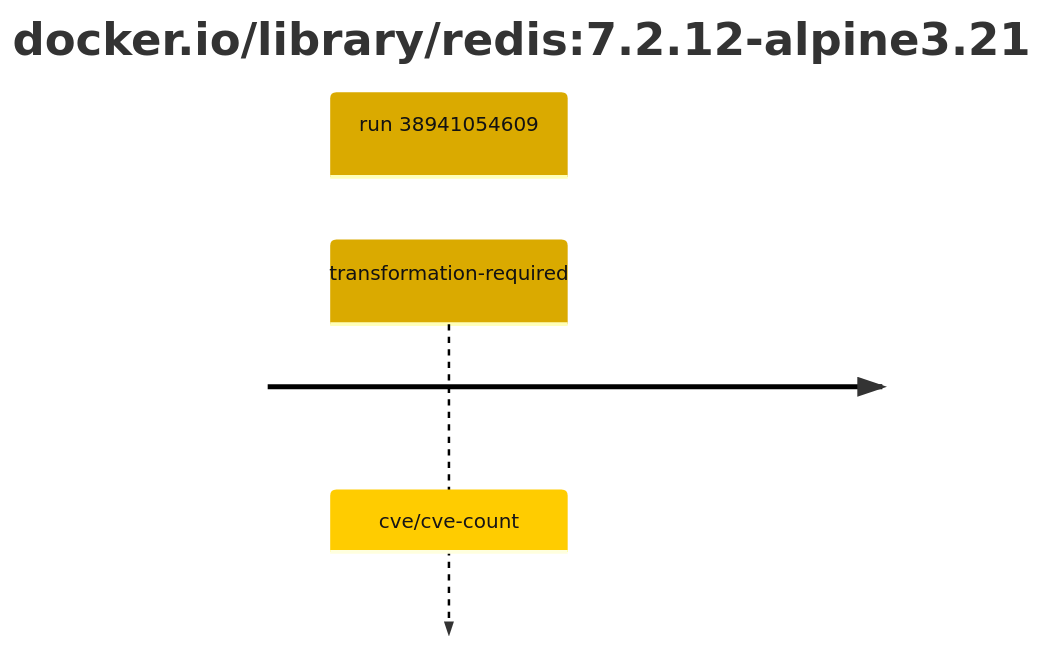
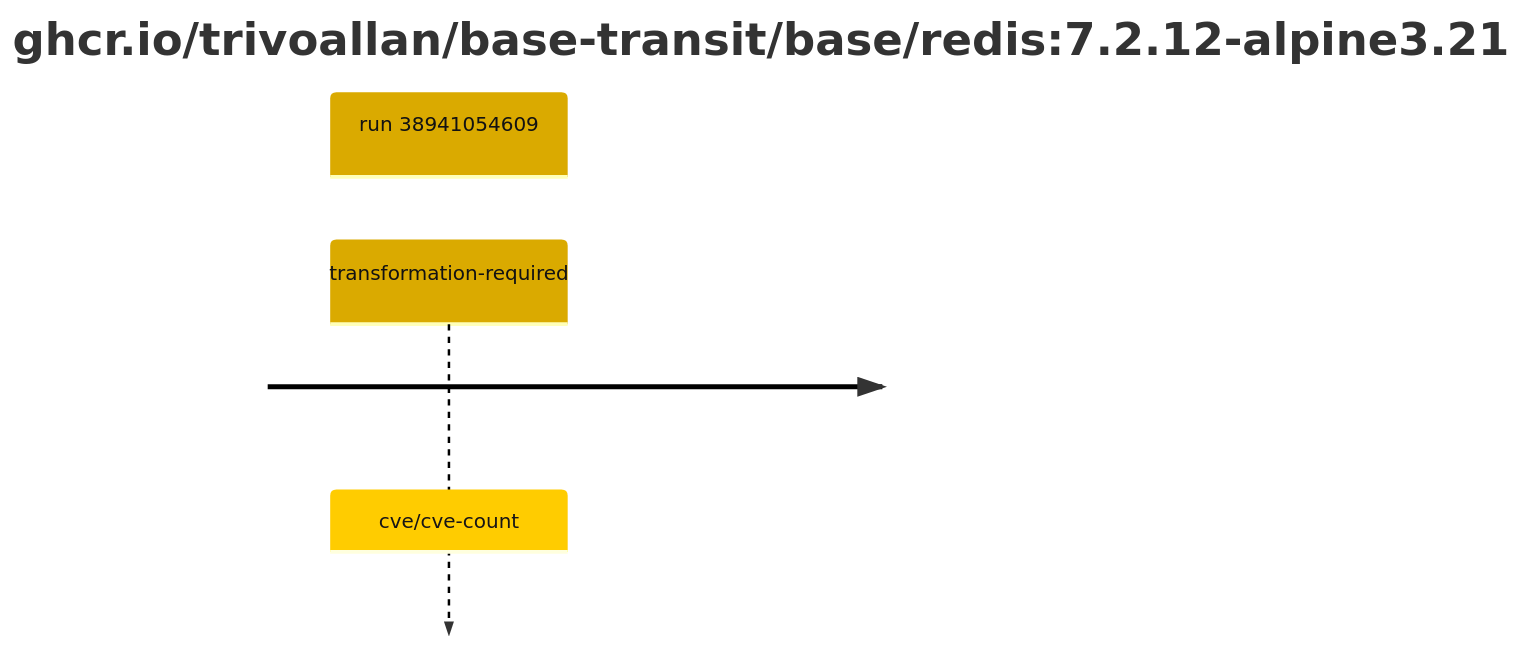
Before and after one commit to trivoallan/base-images: the second of 2 diagrams in results/reports/base-redis-7/sha256:65748f2ea686cb0e37a008cbe7024324db1d84abf57e917e1c2ec92b5e50f602.md, drawn with Mermaid. The commit also changed other lines of this file and 30 other files, not shown here.

Commit message:
journal(base-redis-7): décisions du criblage, seconde porte

````diff
--- a/results/reports/base-redis-7/sha256:65748f2ea686cb0e37a008cbe7024324db1d84abf57e917e1c2ec92b5e50f602.md
+++ b/results/reports/base-redis-7/sha256:65748f2ea686cb0e37a008cbe7024324db1d84abf57e917e1c2ec92b5e50f602.md
@@ -5,7 +24,7 @@
 ```mermaid
 %%{init: {"theme": "default", "themeVariables": {"cScale0": "#daaa00", "cScaleLabel0": "#121212"}}}%%
 timeline
-    title docker.io/library/redis#58;7.2.12-alpine3.21
+    title ghcr.io/trivoallan/base-transit/base/redis#58;7.2.12-alpine3.21
     section run 38941054609
         transformation-required : cve/cve-count
 ```
````
